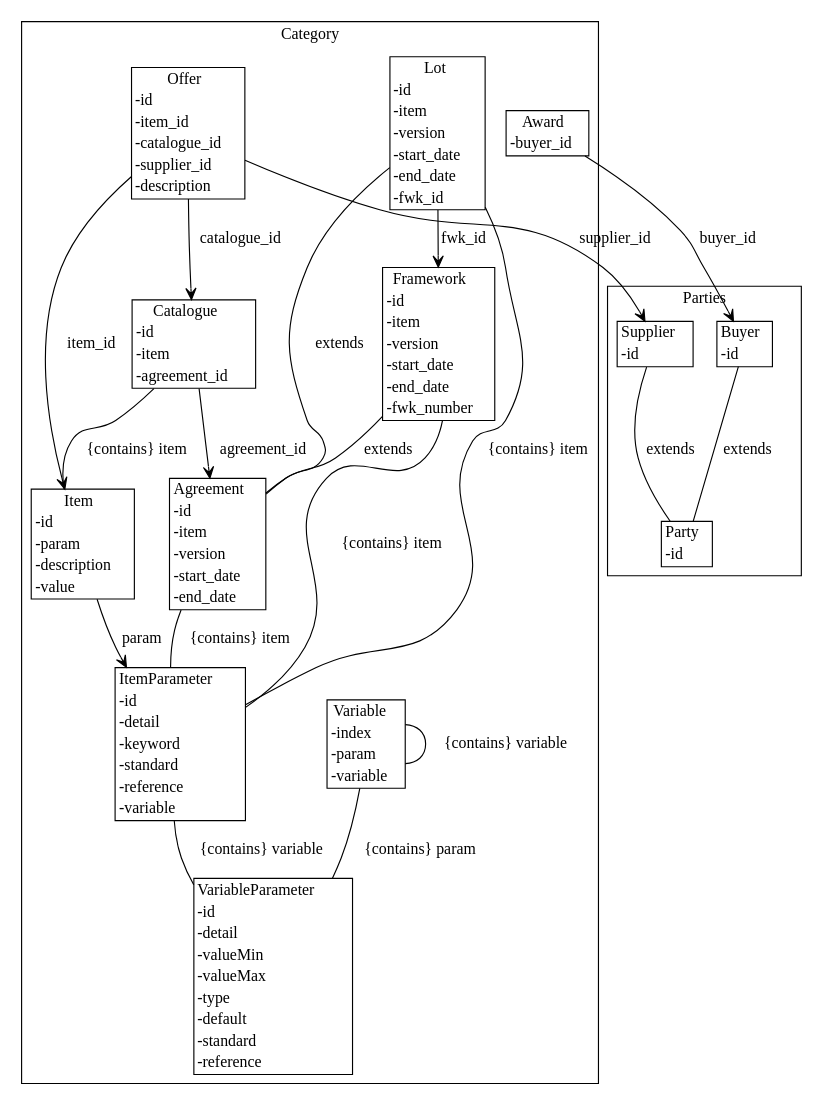
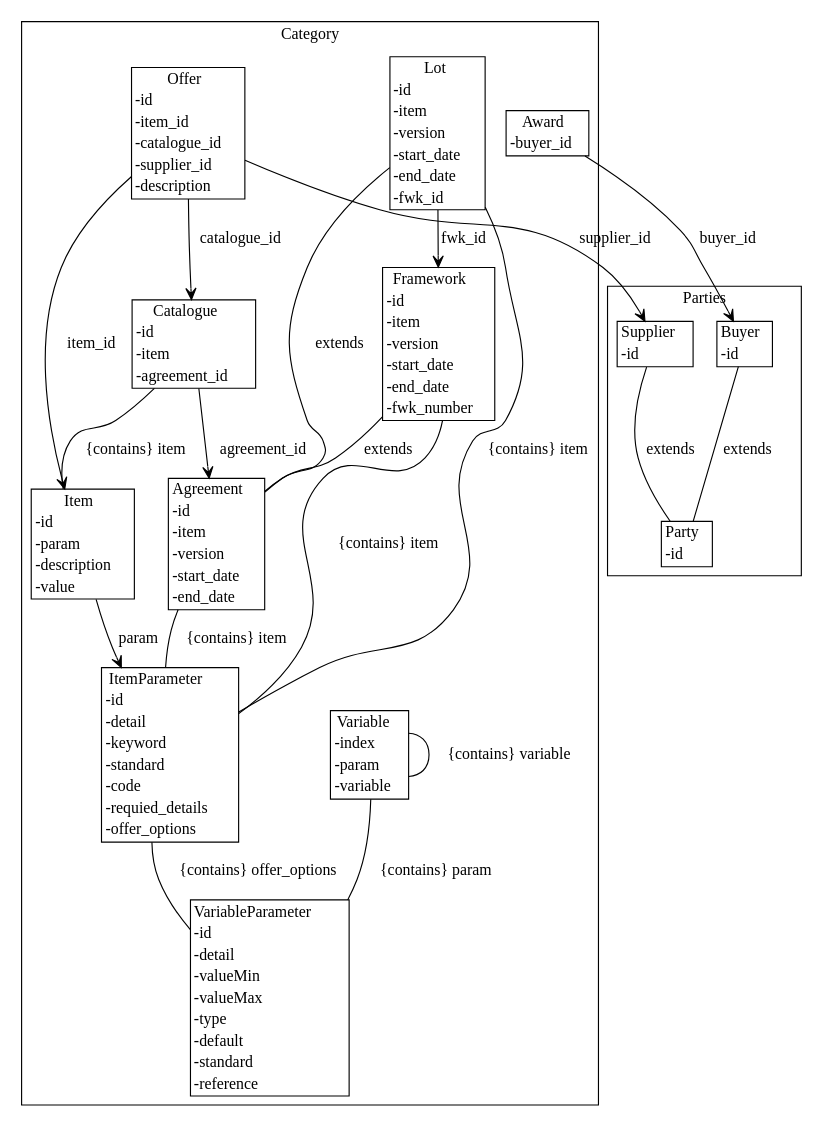
One commit to Crown-Commercial-Service/cmp-design-prototype changed the diagram in agreement-design/gen/diagrams/data_model.dot. Above: the diagram before and after it, drawn with Graphviz. The commit also changed 4 other files, not shown here.

```diff
--- a/agreement-design/gen/diagrams/data_model.dot
+++ b/agreement-design/gen/diagrams/data_model.dot
@@ -1,41 +1,42 @@
 strict digraph {
 subgraph cluster_Category {
 node [shape=plaintext margin=0];
 label=Category;
 "VariableParameter" [label=<<table BORDER="1" CELLBORDER="0" CELLSPACING="0"><TH><TD>VariableParameter</TD></TH><TR><TD ALIGN="LEFT">-id</TD></TR><TR><TD ALIGN="LEFT">-detail</TD></TR><TR><TD ALIGN="LEFT">-valueMin</TD></TR><TR><TD ALIGN="LEFT">-valueMax</TD></TR><TR><TD ALIGN="LEFT">-type</TD></TR><TR><TD ALIGN="LEFT">-default</TD></TR><TR><TD ALIGN="LEFT">-standard</TD></TR><TR><TD ALIGN="LEFT">-reference</TD></TR></table>>];
-"ItemParameter" [label=<<table BORDER="1" CELLBORDER="0" CELLSPACING="0"><TH><TD>ItemParameter</TD></TH><TR><TD ALIGN="LEFT">-id</TD></TR><TR><TD ALIGN="LEFT">-detail</TD></TR><TR><TD ALIGN="LEFT">-keyword</TD></TR><TR><TD ALIGN="LEFT">-standard</TD></TR><TR><TD ALIGN="LEFT">-reference</TD></TR><TR><TD ALIGN="LEFT">-variable</TD></TR></table>>];
+"ItemParameter" [label=<<table BORDER="1" CELLBORDER="0" CELLSPACING="0"><TH><TD>ItemParameter</TD></TH><TR><TD ALIGN="LEFT">-id</TD></TR><TR><TD ALIGN="LEFT">-detail</TD></TR><TR><TD ALIGN="LEFT">-keyword</TD></TR><TR><TD ALIGN="LEFT">-standard</TD></TR><TR><TD ALIGN="LEFT">-code</TD></TR><TR><TD ALIGN="LEFT">-requied_details</TD></TR><TR><TD ALIGN="LEFT">-offer_options</TD></TR></table>>];
 "Agreement" [label=<<table BORDER="1" CELLBORDER="0" CELLSPACING="0"><TH><TD>Agreement</TD></TH><TR><TD ALIGN="LEFT">-id</TD></TR><TR><TD ALIGN="LEFT">-item</TD></TR><TR><TD ALIGN="LEFT">-version</TD></TR><TR><TD ALIGN="LEFT">-start_date</TD></TR><TR><TD ALIGN="LEFT">-end_date</TD></TR></table>>];
 "Framework" [label=<<table BORDER="1" CELLBORDER="0" CELLSPACING="0"><TH><TD>Framework</TD></TH><TR><TD ALIGN="LEFT">-id</TD></TR><TR><TD ALIGN="LEFT">-item</TD></TR><TR><TD ALIGN="LEFT">-version</TD></TR><TR><TD ALIGN="LEFT">-start_date</TD></TR><TR><TD ALIGN="LEFT">-end_date</TD></TR><TR><TD ALIGN="LEFT">-fwk_number</TD></TR></table>>];
 "Lot" [label=<<table BORDER="1" CELLBORDER="0" CELLSPACING="0"><TH><TD>Lot</TD></TH><TR><TD ALIGN="LEFT">-id</TD></TR><TR><TD ALIGN="LEFT">-item</TD></TR><TR><TD ALIGN="LEFT">-version</TD></TR><TR><TD ALIGN="LEFT">-start_date</TD></TR><TR><TD ALIGN="LEFT">-end_date</TD></TR><TR><TD ALIGN="LEFT">-fwk_id</TD></TR></table>>];
 "Variable" [label=<<table BORDER="1" CELLBORDER="0" CELLSPACING="0"><TH><TD>Variable</TD></TH><TR><TD ALIGN="LEFT">-index</TD></TR><TR><TD ALIGN="LEFT">-param</TD></TR><TR><TD ALIGN="LEFT">-variable</TD></TR></table>>];
 "Item" [label=<<table BORDER="1" CELLBORDER="0" CELLSPACING="0"><TH><TD>Item</TD></TH><TR><TD ALIGN="LEFT">-id</TD></TR><TR><TD ALIGN="LEFT">-param</TD></TR><TR><TD ALIGN="LEFT">-description</TD></TR><TR><TD ALIGN="LEFT">-value</TD></TR></table>>];
 "Catalogue" [label=<<table BORDER="1" CELLBORDER="0" CELLSPACING="0"><TH><TD>Catalogue</TD></TH><TR><TD ALIGN="LEFT">-id</TD></TR><TR><TD ALIGN="LEFT">-item</TD></TR><TR><TD ALIGN="LEFT">-agreement_id</TD></TR></table>>];
 "Offer" [label=<<table BORDER="1" CELLBORDER="0" CELLSPACING="0"><TH><TD>Offer</TD></TH><TR><TD ALIGN="LEFT">-id</TD></TR><TR><TD ALIGN="LEFT">-item_id</TD></TR><TR><TD ALIGN="LEFT">-catalogue_id</TD></TR><TR><TD ALIGN="LEFT">-supplier_id</TD></TR><TR><TD ALIGN="LEFT">-description</TD></TR></table>>];
 "Award" [label=<<table BORDER="1" CELLBORDER="0" CELLSPACING="0"><TH><TD>Award</TD></TH><TR><TD ALIGN="LEFT">-buyer_id</TD></TR></table>>];
 }
 subgraph cluster_Parties {
 node [shape=plaintext margin=0];
 label=Parties;
 "Party" [label=<<table BORDER="1" CELLBORDER="0" CELLSPACING="0"><TH><TD>Party</TD></TH><TR><TD ALIGN="LEFT">-id</TD></TR></table>>];
 "Supplier" [label=<<table BORDER="1" CELLBORDER="0" CELLSPACING="0"><TH><TD>Supplier</TD></TH><TR><TD ALIGN="LEFT">-id</TD></TR></table>>];
 "Buyer" [label=<<table BORDER="1" CELLBORDER="0" CELLSPACING="0"><TH><TD>Buyer</TD></TH><TR><TD ALIGN="LEFT">-id</TD></TR></table>>];
 }
-"ItemParameter" -> "VariableParameter" [label="{contains} variable" arrowhead = "none" arrowtail = "diamond" ];
+"ItemParameter" -> "VariableParameter" [label="{contains} requied_details" arrowhead = "none" arrowtail = "diamond" ];
+"ItemParameter" -> "VariableParameter" [label="{contains} offer_options" arrowhead = "none" arrowtail = "diamond" ];
 "Agreement" -> "ItemParameter" [label="{contains} item" arrowhead = "none" arrowtail = "diamond" ];
 "Framework" -> "Agreement" [label="extends" arrowhead = "none" arrowtail = "normal" ];
 "Framework" -> "ItemParameter" [label="{contains} item" arrowhead = "none" arrowtail = "diamond" ];
 "Lot" -> "Agreement" [label="extends" arrowhead = "none" arrowtail = "normal" ];
 "Lot" -> "ItemParameter" [label="{contains} item" arrowhead = "none" arrowtail = "diamond" ];
 "Lot" -> "Framework" [label="fwk_id" arrowhead = "open" arrowtail = "none" ];
 "Variable" -> "VariableParameter" [label="{contains} param" arrowhead = "none" arrowtail = "diamond" ];
 "Variable" -> "Variable" [label="{contains} variable" arrowhead = "none" arrowtail = "diamond" ];
 "Item" -> "ItemParameter" [label="param" arrowhead = "open" arrowtail = "none" ];
 "Catalogue" -> "Item" [label="{contains} item" arrowhead = "none" arrowtail = "diamond" ];
 "Catalogue" -> "Agreement" [label="agreement_id" arrowhead = "open" arrowtail = "none" ];
 "Offer" -> "Item" [label="item_id" arrowhead = "open" arrowtail = "none" ];
 "Offer" -> "Catalogue" [label="catalogue_id" arrowhead = "open" arrowtail = "none" ];
 "Offer" -> "Supplier" [label="supplier_id" arrowhead = "open" arrowtail = "none" ];
 "Award" -> "Buyer" [label="buyer_id" arrowhead = "open" arrowtail = "none" ];
 "Supplier" -> "Party" [label="extends" arrowhead = "none" arrowtail = "normal" ];
 "Buyer" -> "Party" [label="extends" arrowhead = "none" arrowtail = "normal" ];
 }
```
